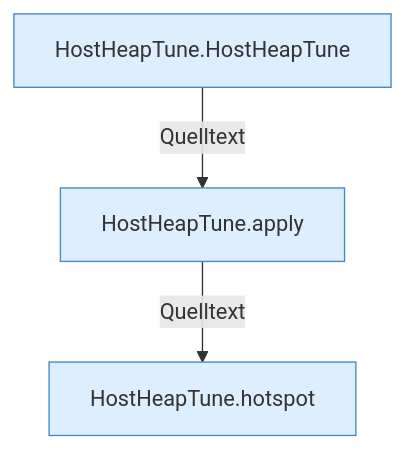
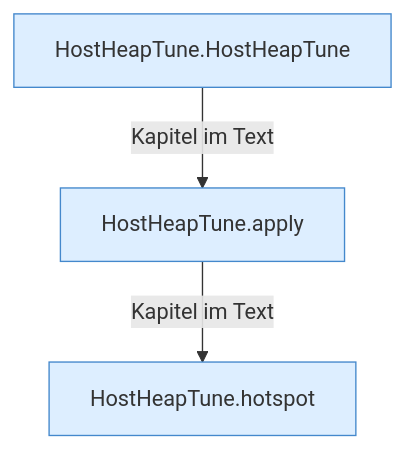
One commit to PrinceDiamant/minecraft-serverhoster-plugin changed the diagram in HostHeapTune.md. Above: the diagram before and after it, drawn with Mermaid. The commit also changed other lines of this file and 2005 other files, not shown here.

````diff
--- a/HostHeapTune.md
+++ b/HostHeapTune.md
@@ -5,10 +5,10 @@
 ```mermaid
 flowchart TD
   n1["HostHeapTune.HostHeapTune"]:::internal-link
   n2["HostHeapTune.apply"]:::internal-link
   n3["HostHeapTune.hotspot"]:::internal-link
-  n1 -->|"Quelltext"| n2
-  n2 -->|"Quelltext"| n3
+  n1 -->|"Kapitel im Text"| n2
+  n2 -->|"Kapitel im Text"| n3
   classDef internal-link fill:#ddeeff,stroke:#4488cc
   classDef befund fill:#f88
 ```
````
